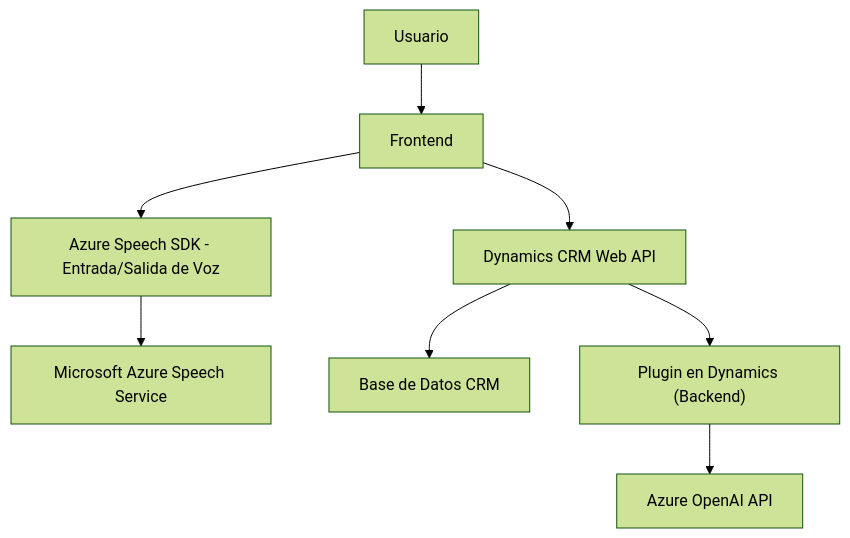
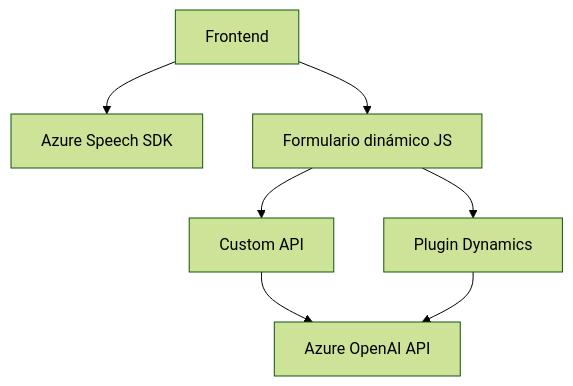
One commit to blopezdm/NETCORE_BILBAO2025 changed the diagram in README.md. Above: the diagram before and after it, drawn with Mermaid (forest theme). The commit also changed other lines of this file, not shown here.

````diff
--- a/README.md
+++ b/README.md
@@ -42,10 +41,16 @@
 ```mermaid
 graph TD
-    A["Usuario"] --> B["Frontend"]
-    B["Frontend"] --> C["Azure Speech SDK - Entrada/Salida de Voz"]
-    B["Frontend"] --> D["Dynamics CRM Web API"]
-    C["Azure Speech SDK - Entrada/Salida de Voz"] --> E["Microsoft Azure Speech Service"]
-    D["Dynamics CRM Web API"] --> F["Base de Datos CRM"]
-    D["Dynamics CRM Web API"] --> G["Plugin en Dynamics (Backend)"]
-    G["Plugin en Dynamics (Backend)"] --> H["Azure OpenAI API"]
+    A["Frontend"]
+    B["Azure Speech SDK"]
+    C["Formulario dinámico JS"]
+    D["Custom API"]
+    E["Plugin Dynamics"]
+    F["Azure OpenAI API"]
+
+    A --> B
+    A --> C
+    C --> D
+    D --> F
+    E --> F
+    C --> E
 ```
````
